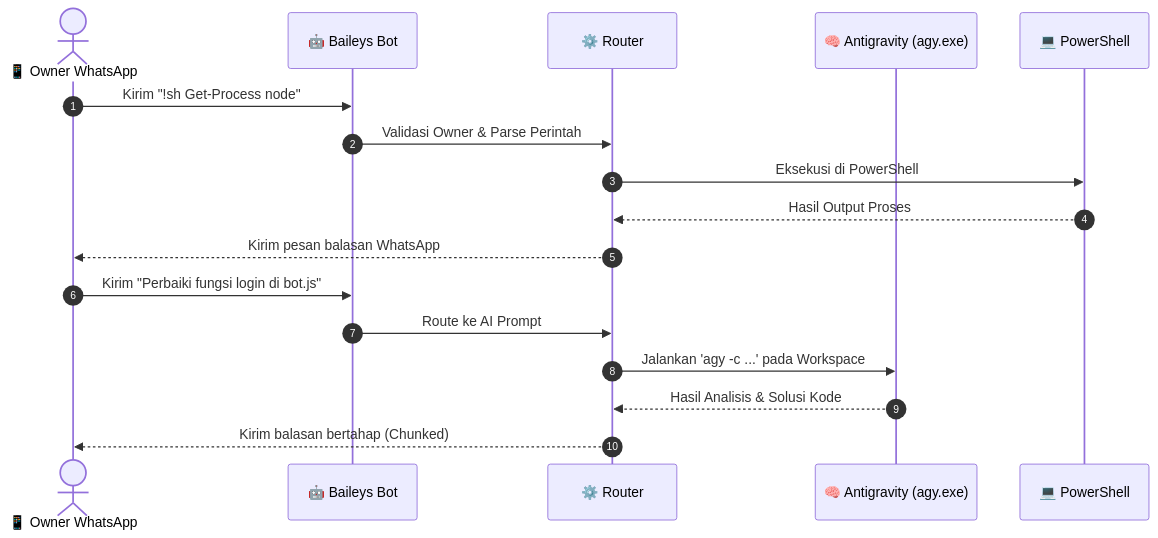
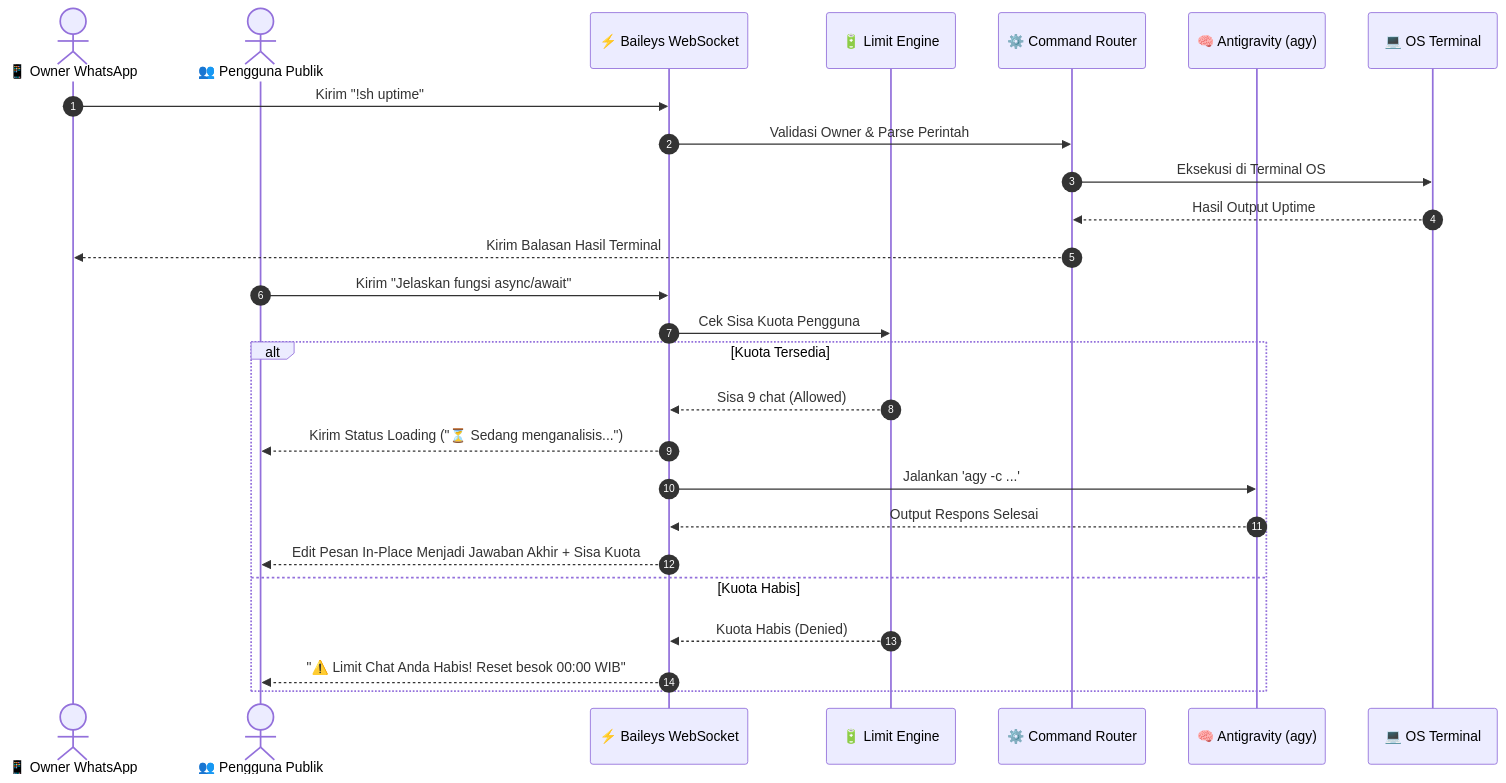
The second of 2 diagrams in README.md (angreps/bot-wa-antigravity-ai), drawn with Mermaid before and after one commit. The commit also changed other lines of this file and 4 other files, not shown here.

````diff
--- a/README.md
+++ b/README.md
@@ -46,21 +53,32 @@
 ```mermaid
 sequenceDiagram
     autonumber
-    actor User as 📱 Owner WhatsApp
-    participant Bot as 🤖 Baileys Bot
-    participant Cmd as ⚙️ Router
-    participant AGY as 🧠 Antigravity (agy.exe)
-    participant PS as 💻 PowerShell
+    actor Owner as 📱 Owner WhatsApp
+    actor Public as 👥 Pengguna Publik
+    participant Bot as ⚡ Baileys WebSocket
+    participant Lim as 🔋 Limit Engine
+    participant Cmd as ⚙️ Command Router
+    participant AGY as 🧠 Antigravity (agy)
+    participant Shell as 💻 OS Terminal
 
-    User->>Bot: Kirim "!sh Get-Process node"
+    %% Alur Owner Perintah Terminal
+    Owner->>Bot: Kirim "!sh uptime"
     Bot->>Cmd: Validasi Owner & Parse Perintah
-    Cmd->>PS: Eksekusi di PowerShell
-    PS-->>Cmd: Hasil Output Proses
-    Cmd-->>User: Kirim pesan balasan WhatsApp
+    Cmd->>Shell: Eksekusi di Terminal OS
+    Shell-->>Cmd: Hasil Output Uptime
+    Cmd-->>Owner: Kirim Balasan Hasil Terminal
 
-    User->>Bot: Kirim "Perbaiki fungsi login di bot.js"
-    Bot->>Cmd: Route ke AI Prompt
-    Cmd->>AGY: Jalankan 'agy -c ...' pada Workspace
-    AGY-->>Cmd: Hasil Analisis & Solusi Kode
-    Cmd-->>User: Kirim balasan bertahap (Chunked)
+    %% Alur Publik dengan Kuota
+    Public->>Bot: Kirim "Jelaskan fungsi async/await"
+    Bot->>Lim: Cek Sisa Kuota Pengguna
+    alt Kuota Tersedia
+        Lim-->>Bot: Sisa 9 chat (Allowed)
+        Bot-->>Public: Kirim Status Loading ("⏳ Sedang menganalisis...")
+        Bot->>AGY: Jalankan 'agy -c ...'
+        AGY-->>Bot: Output Respons Selesai
+        Bot-->>Public: Edit Pesan In-Place Menjadi Jawaban Akhir + Sisa Kuota
+    else Kuota Habis
+        Lim-->>Bot: Kuota Habis (Denied)
+        Bot-->>Public: "⚠️ Limit Chat Anda Habis! Reset besok 00:00 WIB"
+    end
 ```
````
